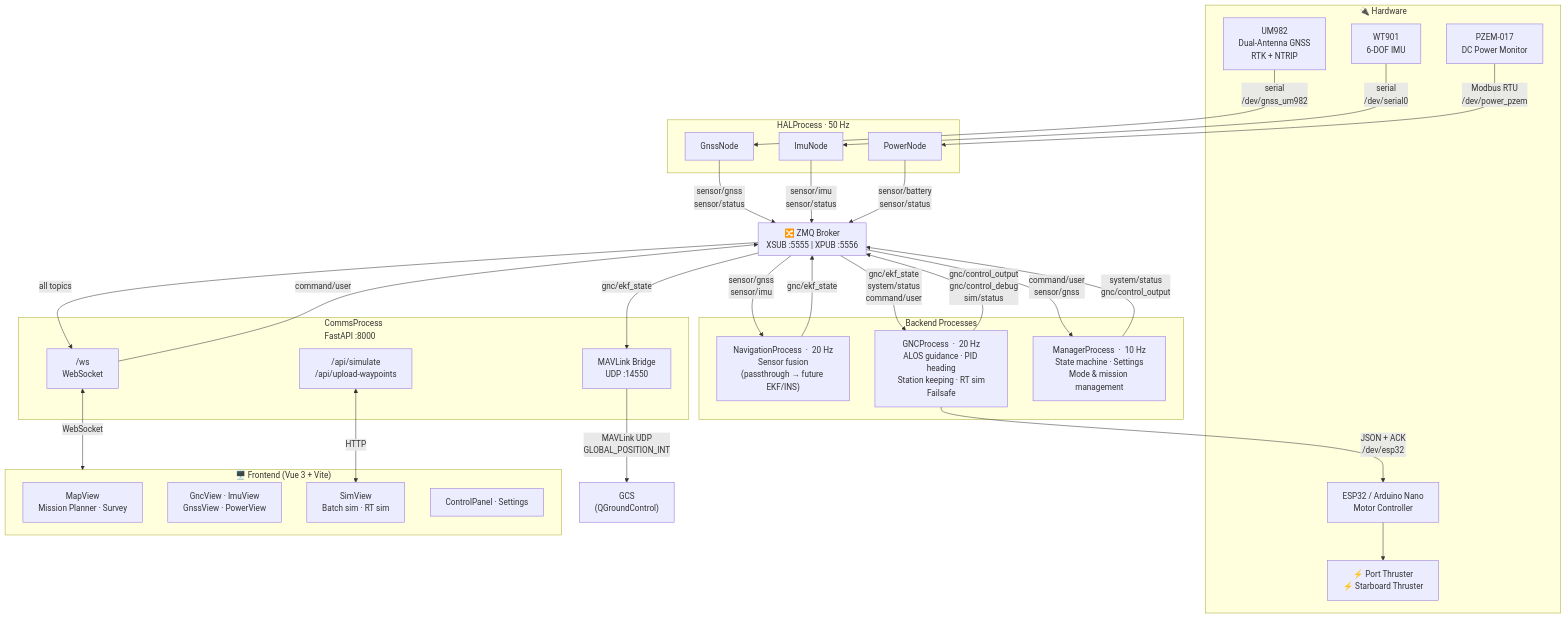
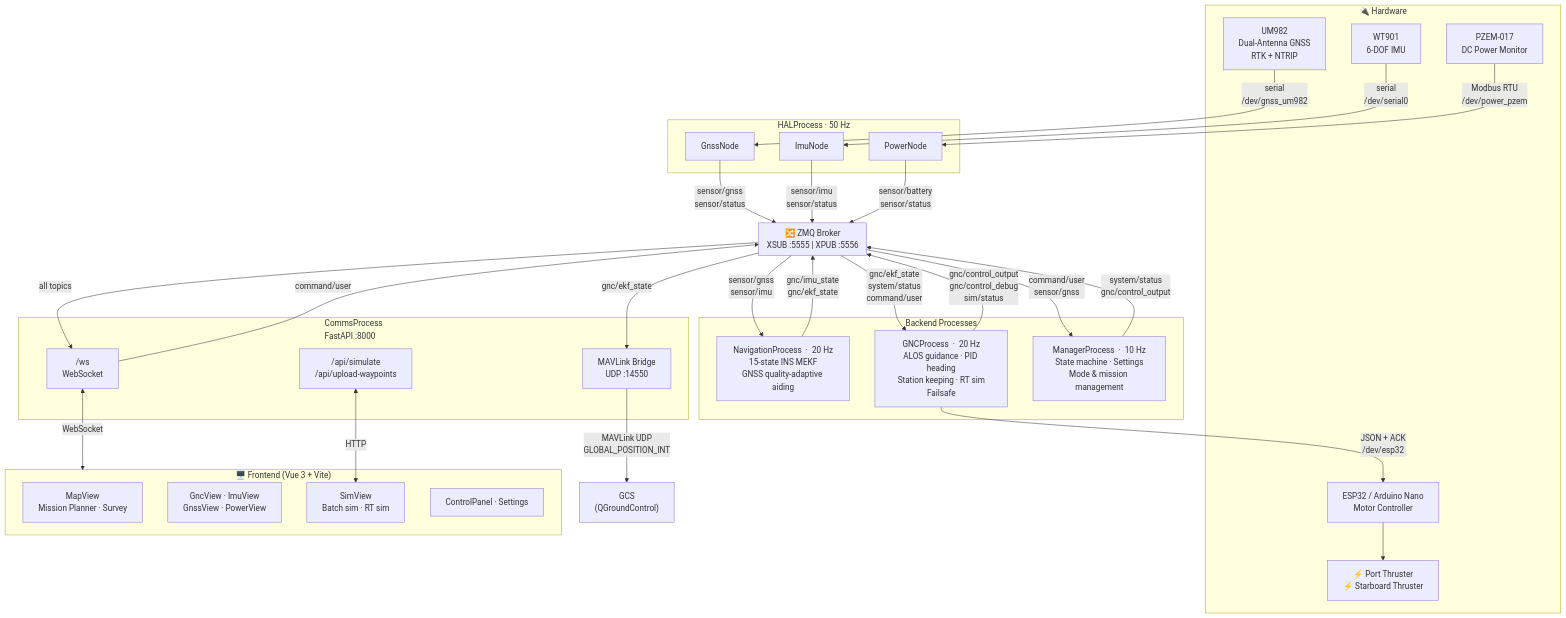
Before and after one commit to Vidanfra/ControlUSV: the diagram in README.md, drawn with Mermaid. The commit also changed other lines of this file and 16 other files, not shown here.

First line of the commit message:
Implement Inertial Navigation System (INS) with MEKF

````diff
--- a/README.md
+++ b/README.md
@@ -58,78 +58,78 @@
 ```mermaid
 flowchart TB
     subgraph HW["🔌 Hardware"]
         UM982["UM982\nDual-Antenna GNSS\nRTK + NTRIP"]
         WT901["WT901\n6-DOF IMU"]
         PZEM["PZEM-017\nDC Power Monitor"]
         ESP["ESP32 / Arduino Nano\nMotor Controller"]
         MOTORS["⚡ Port Thruster\n⚡ Starboard Thruster"]
     end
 
     subgraph HAL["HALProcess  ·  50 Hz"]
         GnssNode["GnssNode"]
         ImuNode["ImuNode"]
         PowerNode["PowerNode"]
     end
 
     subgraph BROKER["🔀 ZMQ Broker\nXSUB :5555  |  XPUB :5556"]
     end
 
     subgraph BACKEND["Backend Processes"]
-        NAV["NavigationProcess  ·  20 Hz\nSensor fusion\n(passthrough → future EKF/INS)"]
+        NAV["NavigationProcess  ·  20 Hz\n15-state INS MEKF\nGNSS quality-adaptive aiding"]
         GNC["GNCProcess  ·  20 Hz\nALOS guidance · PID heading\nStation keeping · RT sim\nFailsafe"]
         MGR["ManagerProcess  ·  10 Hz\nState machine · Settings\nMode & mission management"]
     end
 
     subgraph COMMS["CommsProcess\nFastAPI  :8000"]
         WS["/ws\nWebSocket"]
         REST["/api/simulate\n/api/upload-waypoints"]
         MAVLINK["MAVLink Bridge\nUDP  :14550"]
     end
 
     subgraph FE["🖥️  Frontend  (Vue 3 + Vite)"]
         MAP["MapView\nMission Planner · Survey"]
         VIEWS["GncView · ImuView\nGnssView · PowerView"]
         SIM["SimView\nBatch sim · RT sim"]
         CTRL["ControlPanel · Settings"]
     end
 
     GCS["GCS\n(QGroundControl)"]
 
     %% Hardware → HAL
     UM982 -->|"serial\n/dev/gnss_um982"| GnssNode
     WT901 -->|"serial\n/dev/serial0"| ImuNode
     PZEM  -->|"Modbus RTU\n/dev/power_pzem"| PowerNode
 
     %% HAL → Broker
     GnssNode  -->|"sensor/gnss\nsensor/status"| BROKER
     ImuNode   -->|"sensor/imu\nsensor/status"| BROKER
     PowerNode -->|"sensor/battery\nsensor/status"| BROKER
 
     %% Broker → Navigation
     BROKER -->|"sensor/gnss\nsensor/imu"| NAV
-    NAV    -->|"gnc/ekf_state"| BROKER
+    NAV    -->|"gnc/imu_state\ngnc/ekf_state"| BROKER
 
     %% Broker → GNC
     BROKER -->|"gnc/ekf_state\nsystem/status\ncommand/user"| GNC
     GNC    -->|"gnc/control_output\ngnc/control_debug\nsim/status"| BROKER
 
     %% GNC → Motor hardware
     GNC -->|"JSON + ACK\n/dev/esp32"| ESP
     ESP --> MOTORS
 
     %% Broker → Manager
     BROKER -->|"command/user\nsensor/gnss"| MGR
     MGR    -->|"system/status\ngnc/control_output"| BROKER
 
     %% Broker → Comms
     BROKER  -->|"all topics"| WS
     WS      -->|"command/user"| BROKER
 
     %% Comms → Frontend
     WS   <-->|"WebSocket"| FE
     REST <-->|"HTTP"| SIM
 
     %% MAVLink
     BROKER -->|"gnc/ekf_state"| MAVLINK
     MAVLINK -->|"MAVLink UDP\nGLOBAL_POSITION_INT"| GCS
 ```
````
